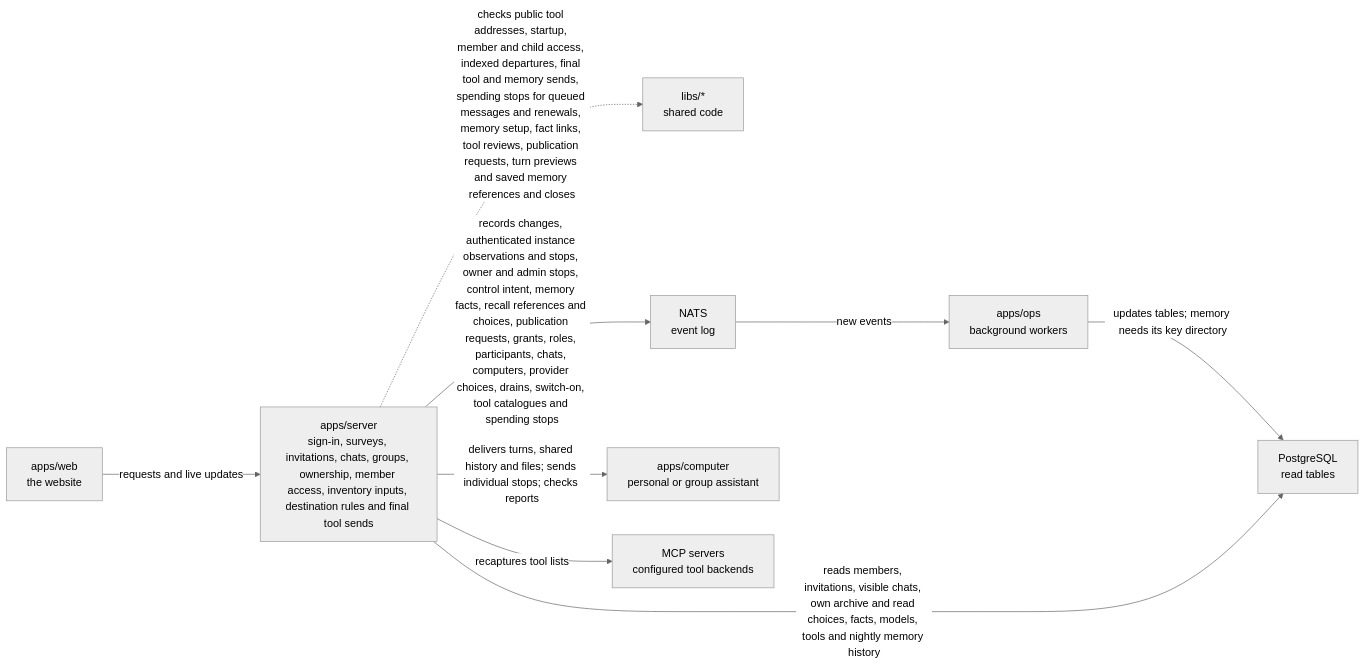
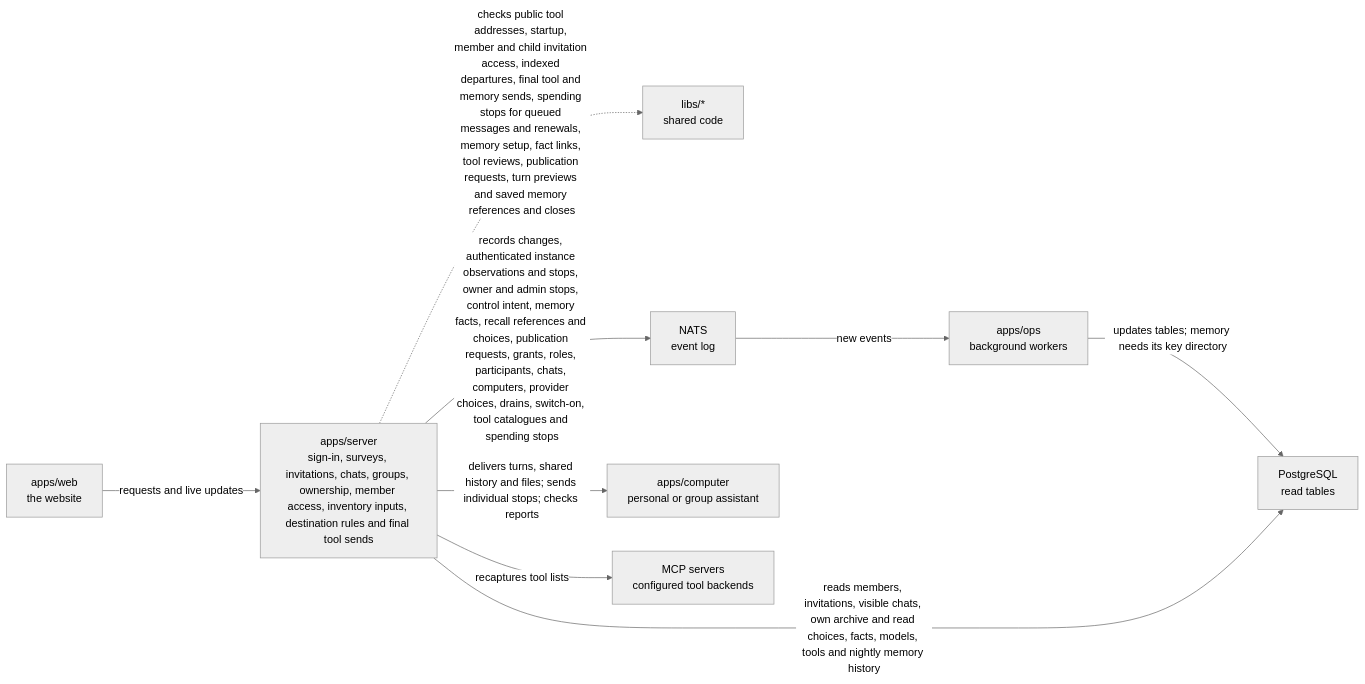
One commit to elewa-git/opencrane-new changed the diagram in apps/server/README.md. Above: the diagram before and after it, drawn with Mermaid (neutral theme). The commit also changed other lines of this file and 11 other files, not shown here.

Commit message:
🧵 Let child chat creators invite people to shared history

````diff
--- a/apps/server/README.md
+++ b/apps/server/README.md
@@ -11,11 +11,11 @@
 ```mermaid
 flowchart LR
   web["apps/web<br/>the website"] -->|requests and live updates| server["apps/server<br/>sign-in, surveys, invitations, chats, groups, ownership, member access, inventory inputs, destination rules and final tool sends"]
-  server -.->|checks public tool addresses, startup, member and child access, indexed departures, final tool and memory sends, spending stops for queued messages and renewals, memory setup, fact links, tool reviews, publication requests, turn previews and saved memory references and closes| libs["libs/*<br/>shared code"]
+  server -.->|checks public tool addresses, startup, member and child invitation access, indexed departures, final tool and memory sends, spending stops for queued messages and renewals, memory setup, fact links, tool reviews, publication requests, turn previews and saved memory references and closes| libs["libs/*<br/>shared code"]
   server -->|records changes, authenticated instance observations and stops, owner and admin stops, control intent, memory facts, recall references and choices, publication requests, grants, roles, participants, chats, computers, provider choices, drains, switch-on, tool catalogues and spending stops| nats["NATS<br/>event log"]
   nats -->|new events| ops["apps/ops<br/>background workers"]
   ops -->|updates tables; memory needs its key directory| postgres["PostgreSQL<br/>read tables"]
   server -->|reads members, invitations, visible chats, own archive and read choices, facts, models, tools and nightly memory history| postgres
   server -->|delivers turns, shared history and files; sends individual stops; checks reports| computer["apps/computer<br/>personal or group assistant"]
   server -->|recaptures tool lists| mcp["MCP servers<br/>configured tool backends"]
 ```
````
